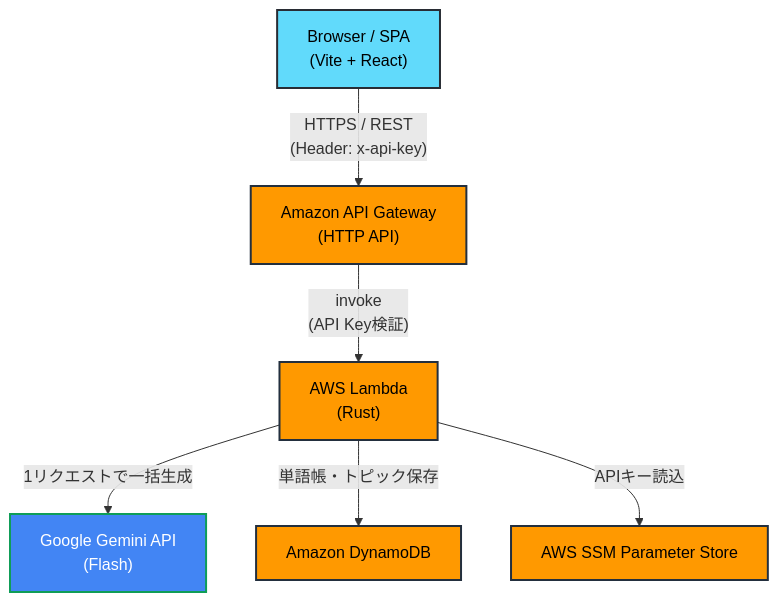
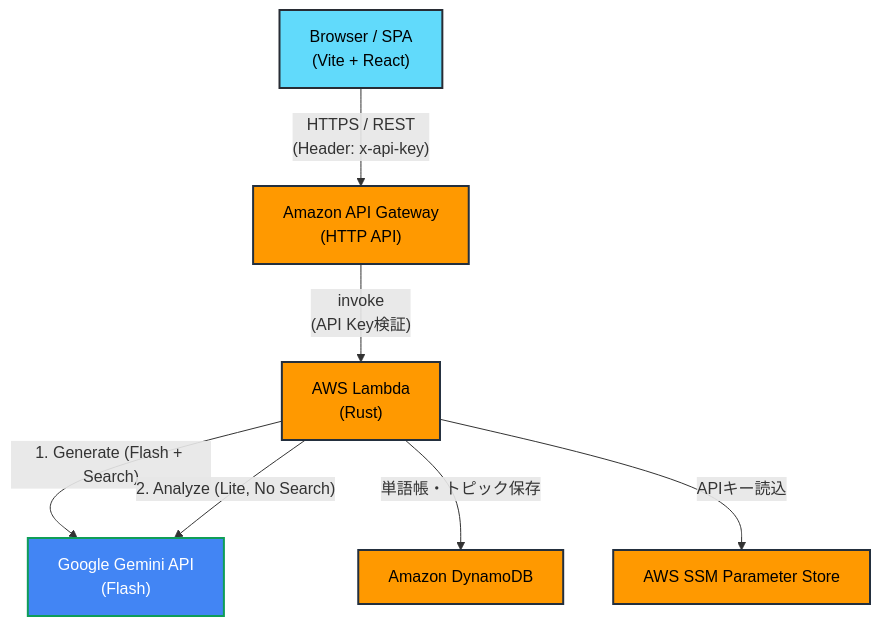
Before and after one commit to moden3/ai-english-learner: the diagram in docs/architecture.md, drawn with Mermaid. The commit also changed 13 other files, not shown here.

````diff
--- a/docs/architecture.md
+++ b/docs/architecture.md
@@ -4,23 +4,24 @@
 ```mermaid
 graph TD
     Client["Browser / SPA<br/>(Vite + React)"]
     API_Gateway["Amazon API Gateway<br/>(HTTP API)"]
     Lambda["AWS Lambda<br/>(Rust)"]
     Gemini["Google Gemini API<br/>(Flash)"]
     DynamoDB["Amazon DynamoDB"]
     SSM["AWS SSM Parameter Store"]
 
     Client -- "HTTPS / REST<br/>(Header: x-api-key)" --> API_Gateway
     API_Gateway -- "invoke<br/>(API Key検証)" --> Lambda
-    Lambda -- "1リクエストで一括生成" --> Gemini
+    Lambda -- "1. Generate (Flash + Search)" --> Gemini
+    Lambda -- "2. Analyze (Lite, No Search)" --> Gemini
     Lambda -- "単語帳・トピック保存" --> DynamoDB
     Lambda -- "APIキー読込" --> SSM
 
     classDef aws fill:#FF9900,stroke:#232F3E,stroke-width:2px,color:black;
     classDef external fill:#4285F4,stroke:#0F9D58,stroke-width:2px,color:white;
     classDef client fill:#61DAFB,stroke:#282C34,stroke-width:2px,color:black;
 
     class API_Gateway,Lambda,DynamoDB,SSM aws;
     class Gemini external;
     class Client client;
 ```
````
